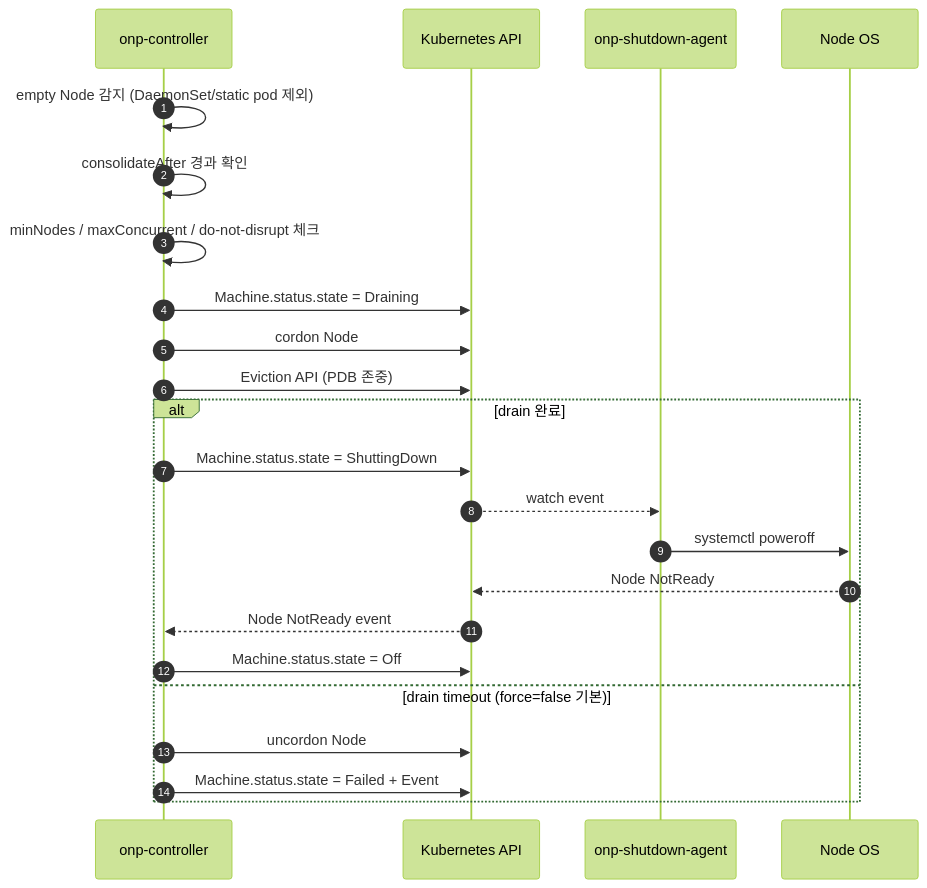
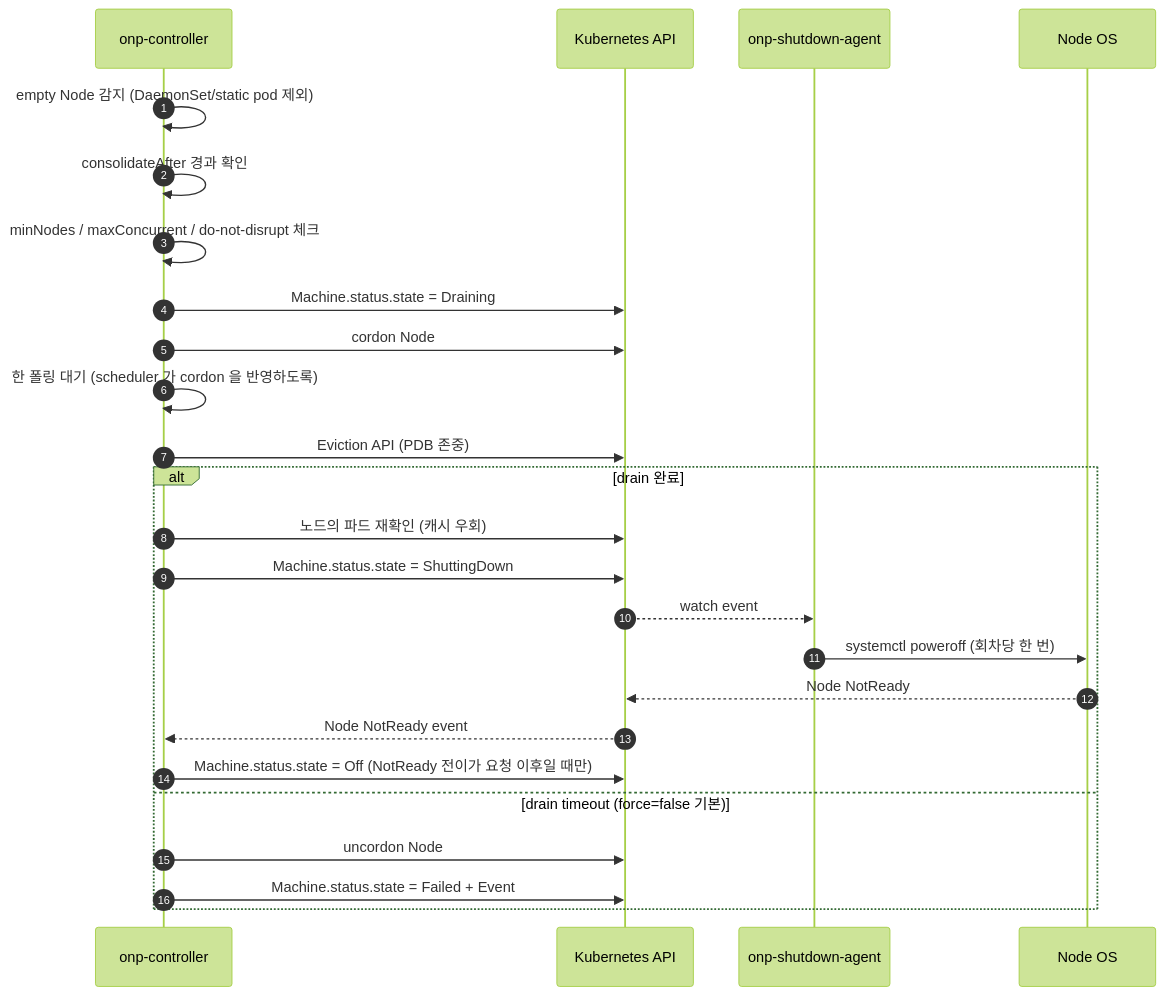
The fourth of 5 diagrams in docs/DESIGN.md (zzzinho/on-prem-node-provisioner), drawn with Mermaid (forest theme) before and after one commit. The commit also changed other lines of this file and 3 other files, not shown here.

First line of the commit message:
docs: 0.6.3 안전 수정 반영 (DESIGN·ROADMAP M5.9, 버전 0.6.3)

````diff
--- a/docs/DESIGN.md
+++ b/docs/DESIGN.md
@@ -269,27 +269,29 @@
 ```mermaid
 sequenceDiagram
     autonumber
     participant Ctrl as onp-controller
     participant API as Kubernetes API
     participant Shut as onp-shutdown-agent
     participant OS as Node OS
 
     Ctrl->>Ctrl: empty Node 감지 (DaemonSet/static pod 제외)
     Ctrl->>Ctrl: consolidateAfter 경과 확인
     Ctrl->>Ctrl: minNodes / maxConcurrent / do-not-disrupt 체크
     Ctrl->>API: Machine.status.state = Draining
     Ctrl->>API: cordon Node
+    Ctrl->>Ctrl: 한 폴링 대기 (scheduler 가 cordon 을 반영하도록)
     Ctrl->>API: Eviction API (PDB 존중)
 
     alt drain 완료
+        Ctrl->>API: 노드의 파드 재확인 (캐시 우회)
         Ctrl->>API: Machine.status.state = ShuttingDown
         API-->>Shut: watch event
-        Shut->>OS: systemctl poweroff
+        Shut->>OS: systemctl poweroff (회차당 한 번)
         OS-->>API: Node NotReady
         API-->>Ctrl: Node NotReady event
-        Ctrl->>API: Machine.status.state = Off
+        Ctrl->>API: Machine.status.state = Off (NotReady 전이가 요청 이후일 때만)
     else drain timeout (force=false 기본)
         Ctrl->>API: uncordon Node
         Ctrl->>API: Machine.status.state = Failed + Event
     end
 ```
````
